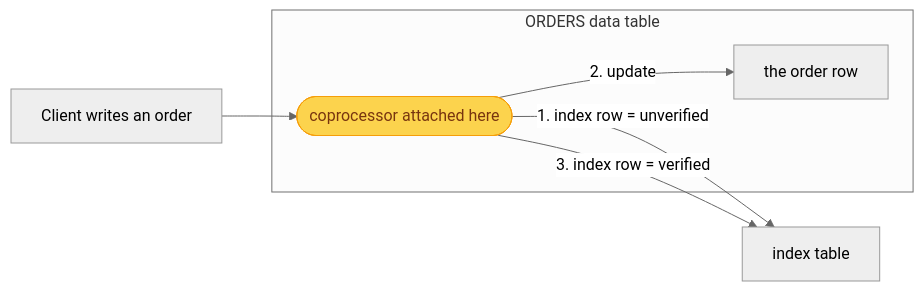
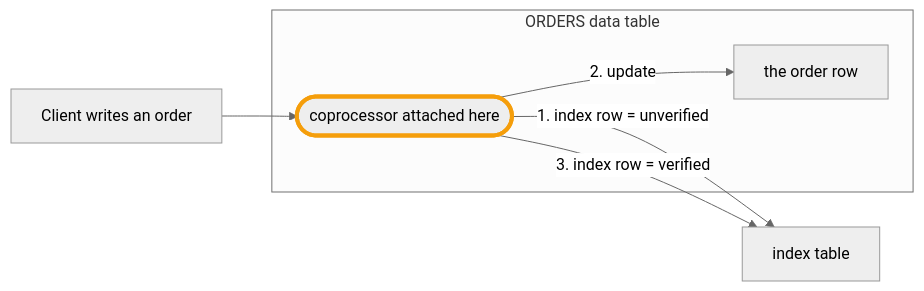
Before and after one commit to palashc/palashc.github.io: the second of 3 diagrams in src/content/blog/phoenix-features/secondary-indexes.md, drawn with Mermaid (neutral theme). The commit also changed other lines of this file and 21 other files, not shown here.

````diff
--- a/src/content/blog/phoenix-features/secondary-indexes.md
+++ b/src/content/blog/phoenix-features/secondary-indexes.md
@@ -83,13 +83,13 @@
 ```mermaid
 flowchart LR
   w["Client writes an order"] --> cp
   subgraph data ["ORDERS data table"]
     cp(["coprocessor attached here"])
     drow["the order row"]
   end
   idx["index table"]
   cp -->|"1. index row = unverified"| idx
   cp -->|"2. update"| drow
   cp -->|"3. index row = verified"| idx
-  style cp fill:#fcd34d,color:#78350f,stroke:#f59e0b
+  style cp stroke:#f59e0b,stroke-width:4px
 ```
````
